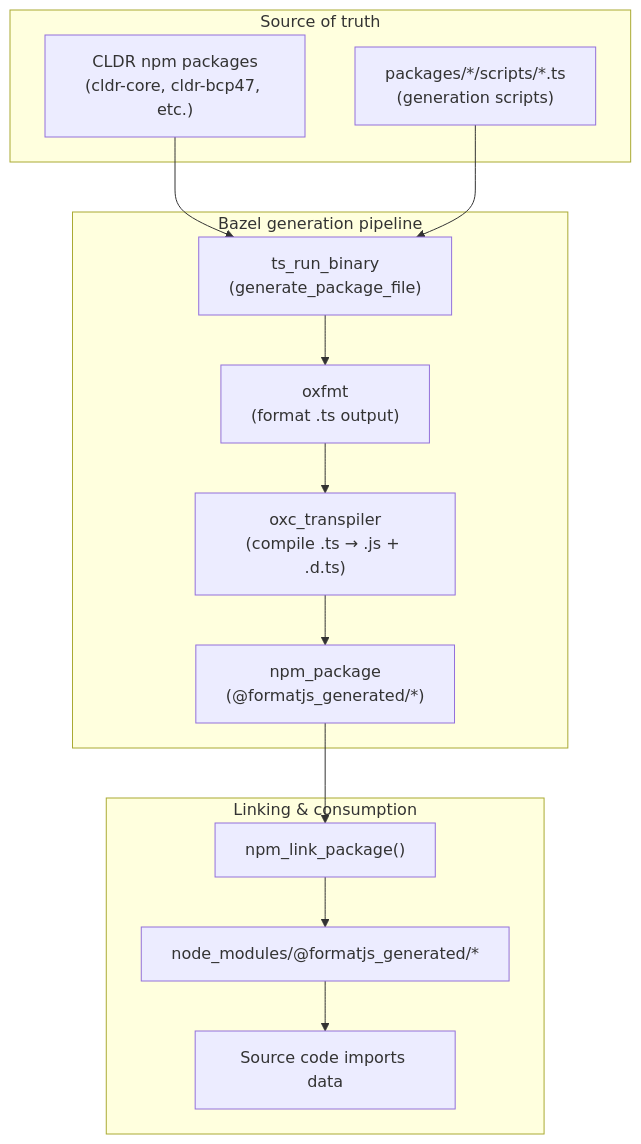
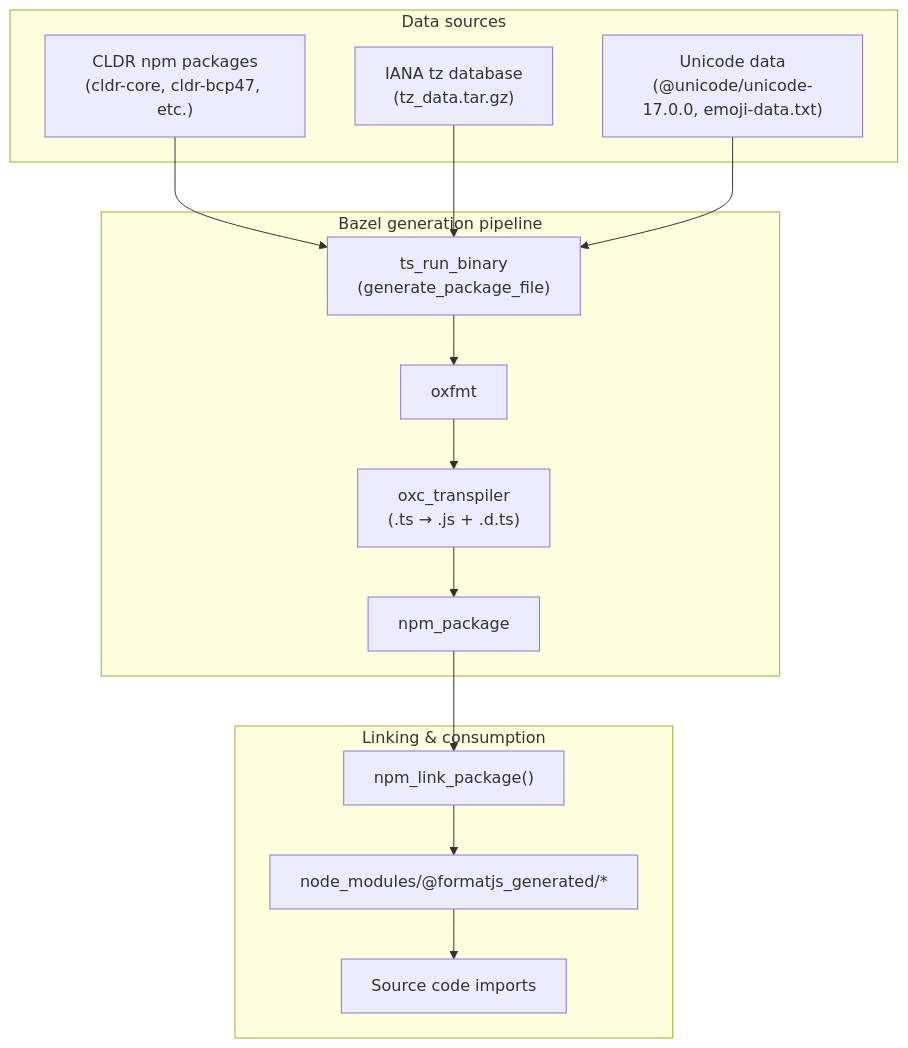
Before and after one commit to formatjs/formatjs: the diagram in knowledge-base/011-generated-packages.md, drawn with Mermaid. The commit also changed other lines of this file and 1 other file, not shown here.

First line of the commit message:
docs: organize @formatjs_generated packages by data source

````diff
--- a/knowledge-base/011-generated-packages.md
+++ b/knowledge-base/011-generated-packages.md
@@ -20,21 +20,23 @@
 ```mermaid
 flowchart TD
-    subgraph "Source of truth"
+    subgraph "Data sources"
         CLDR["CLDR npm packages<br>(cldr-core, cldr-bcp47, etc.)"]
-        SCRIPTS["packages/*/scripts/*.ts<br>(generation scripts)"]
+        TZ["IANA tz database<br>(tz_data.tar.gz)"]
+        UNI["Unicode data<br>(@unicode/unicode-17.0.0, emoji-data.txt)"]
     end
 
     subgraph "Bazel generation pipeline"
         CLDR --> GEN["ts_run_binary<br>(generate_package_file)"]
-        SCRIPTS --> GEN
-        GEN --> FMT["oxfmt<br>(format .ts output)"]
-        FMT --> OXC["oxc_transpiler<br>(compile .ts → .js + .d.ts)"]
-        OXC --> PKG["npm_package<br>(@formatjs_generated/*)"]
+        TZ --> GEN
+        UNI --> GEN
+        GEN --> FMT["oxfmt"]
+        FMT --> OXC["oxc_transpiler<br>(.ts → .js + .d.ts)"]
+        OXC --> PKG["npm_package"]
     end
 
     subgraph "Linking & consumption"
         PKG --> LINK["npm_link_package()"]
         LINK --> NM["node_modules/@formatjs_generated/*"]
-        NM --> SRC["Source code imports data"]
+        NM --> SRC["Source code imports"]
     end
 ```
````
